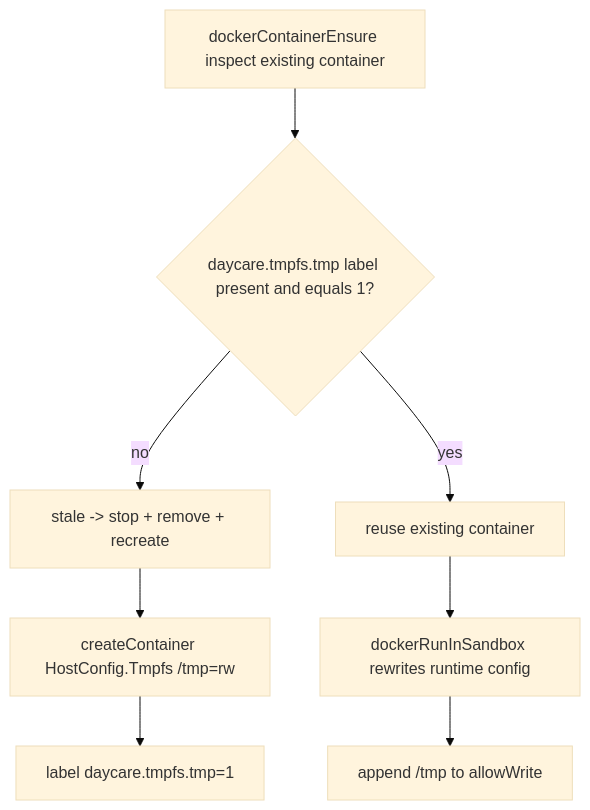
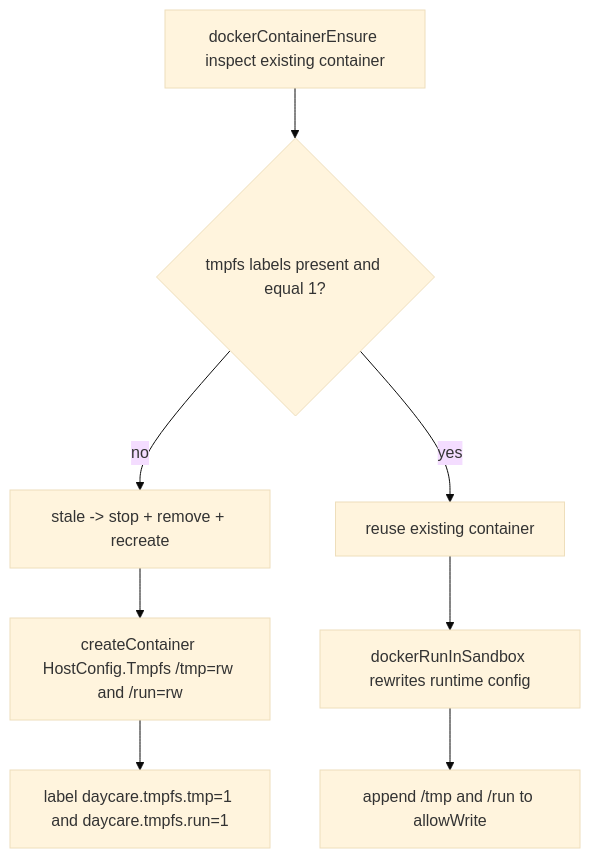
One commit to ex3ndr/daycare changed the diagram in doc/internals/docker-tmpfs-tmp.md. Above: the diagram before and after it, drawn with Mermaid (base theme). The commit also changed other lines of this file and 5 other files, not shown here.

Commit message:
feat(sandbox): mount /run tmpfs in docker isolation

````diff
--- a/doc/internals/docker-tmpfs-tmp.md
+++ b/doc/internals/docker-tmpfs-tmp.md
@@ -14,10 +16,10 @@
 ```mermaid
 flowchart TD
-    A[dockerContainerEnsure inspect existing container] --> B{daycare.tmpfs.tmp label present and equals 1?}
+    A[dockerContainerEnsure inspect existing container] --> B{tmpfs labels present and equal 1?}
     B -- no --> C[stale -> stop + remove + recreate]
     B -- yes --> D[reuse existing container]
-    C --> E[createContainer HostConfig.Tmpfs /tmp=rw]
-    E --> F[label daycare.tmpfs.tmp=1]
+    C --> E[createContainer HostConfig.Tmpfs /tmp=rw and /run=rw]
+    E --> F[label daycare.tmpfs.tmp=1 and daycare.tmpfs.run=1]
     D --> G[dockerRunInSandbox rewrites runtime config]
-    G --> H[append /tmp to allowWrite]
+    G --> H[append /tmp and /run to allowWrite]
 ```
````
